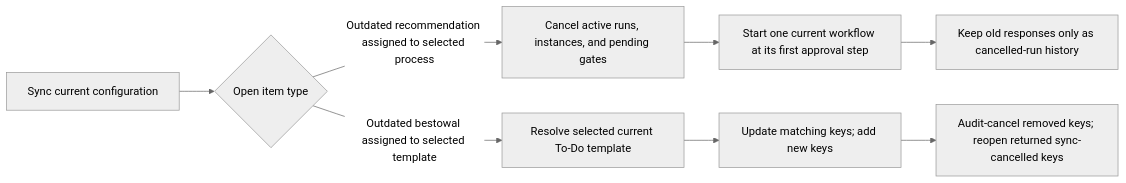
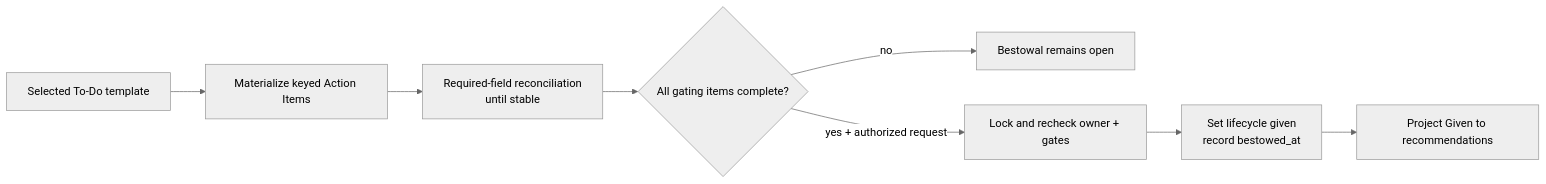
The third of 4 diagrams in app/docs/awards-recommendation-bestowal-workflow-diagrams.md (Ansteorra/KMP), drawn with Mermaid (neutral theme) before and after one commit. The commit also changed other lines of this file and 1907 other files, not shown here.

````diff
--- a/app/docs/awards-recommendation-bestowal-workflow-diagrams.md
+++ b/app/docs/awards-recommendation-bestowal-workflow-diagrams.md
@@ -106,10 +57,10 @@
 ```mermaid
 flowchart LR
-    A["Sync current configuration"] --> B{"Open item type"}
-    B -- "Outdated recommendation assigned to selected process" --> C["Cancel active runs, instances, and pending gates"]
-    C --> D["Start one current workflow at its first approval step"]
-    D --> E["Keep old responses only as cancelled-run history"]
-    B -- "Outdated bestowal assigned to selected template" --> I["Resolve selected current To-Do template"]
-    I --> J["Update matching keys; add new keys"]
-    J --> K["Audit-cancel removed keys; reopen returned sync-cancelled keys"]
+    D["Selected To-Do template"] --> M["Materialize keyed Action Items"]
+    M --> F["Required-field reconciliation\nuntil stable"]
+    F --> G{"All gating items complete?"}
+    G -- no --> O["Bestowal remains open"]
+    G -- yes + authorized request --> L["Lock and recheck owner + gates"]
+    L --> V["Set lifecycle given\nrecord bestowed_at"]
+    V --> S["Project Given to recommendations"]
 ```
````
